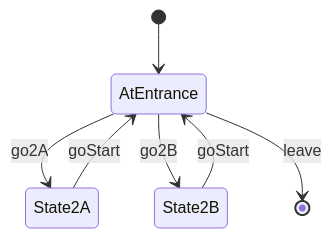
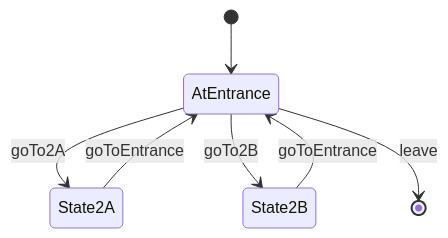
One commit to normal-devs/klicker-knight changed the diagram in docs/rooms/exampleRoom2Room.md. Above: the diagram before and after it, drawn with Mermaid. The commit also changed other lines of this file and 1 other file, not shown here.

Commit message:
Update example room 2 and 3 wording

````diff
--- a/docs/rooms/exampleRoom2Room.md
+++ b/docs/rooms/exampleRoom2Room.md
@@ -24,12 +24,12 @@
 ```mermaid
 stateDiagram-v2
   [*] --> AtEntrance
 
-  AtEntrance --> State2A: go2A
-  AtEntrance --> State2B: go2B
+  AtEntrance --> State2A: goTo2A
+  AtEntrance --> State2B: goTo2B
   AtEntrance --> [*]: leave
 
-  State2A --> AtEntrance: goStart
+  State2A --> AtEntrance: goToEntrance
 
-  State2B --> AtEntrance: goStart
+  State2B --> AtEntrance: goToEntrance
 ```
````
